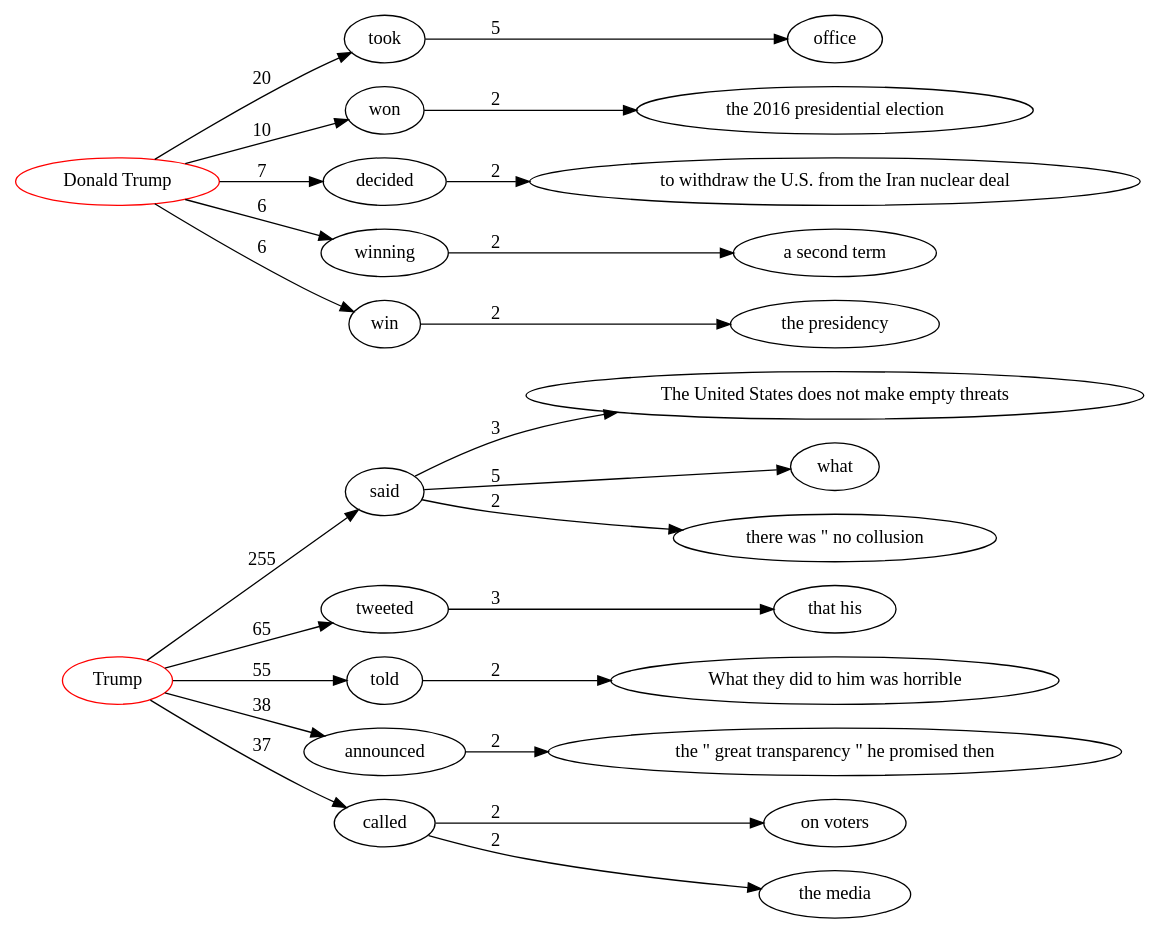
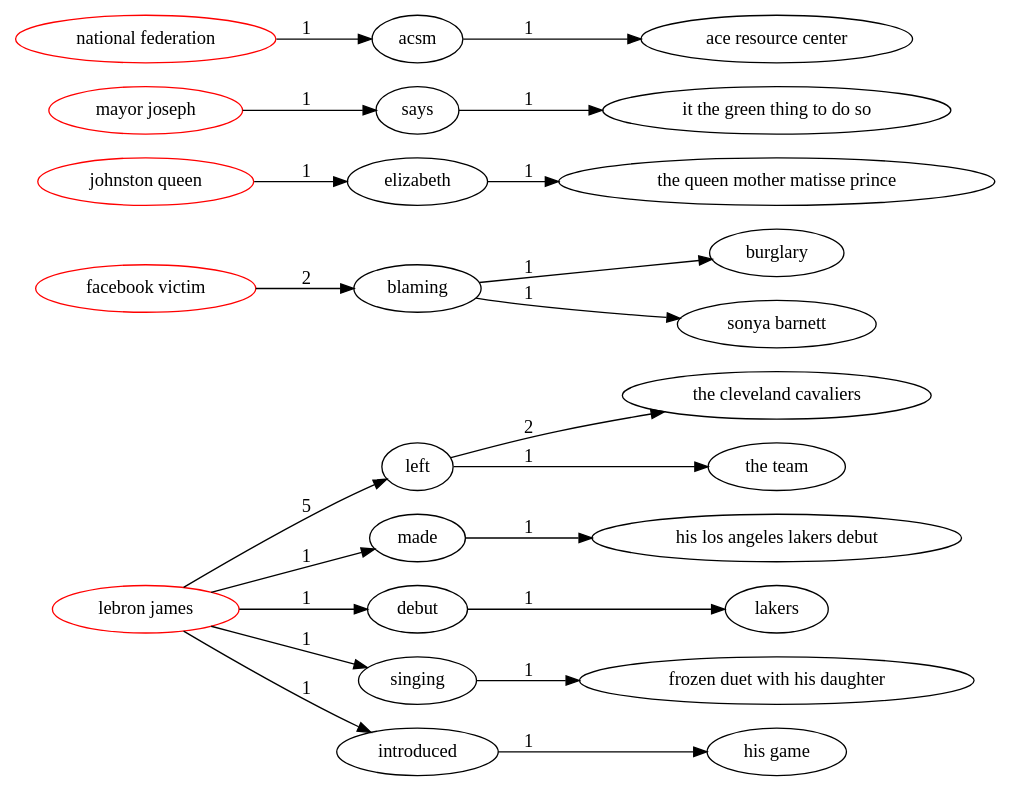
Before and after one commit to kasinxc/Semantic-Role-Labeling-For-News: the diagram in Source/SRL/Digraph.gv, drawn with Graphviz. The commit also changed 321439 other files, not shown here.

```diff
--- a/Source/SRL/Digraph.gv
+++ b/Source/SRL/Digraph.gv
@@ -1,59 +1,52 @@
 digraph {
 	rankdir=LR
-	Trump [label=Trump color=red]
-	"Trump.said" [label=said]
-	Trump -> "Trump.said" [label=255]
-	Trump [label=Trump color=red]
-	"Trump.tweeted" [label=tweeted]
-	Trump -> "Trump.tweeted" [label=65]
-	Trump [label=Trump color=red]
-	"Trump.told" [label=told]
-	Trump -> "Trump.told" [label=55]
-	Trump [label=Trump color=red]
-	"Trump.announced" [label=announced]
-	Trump -> "Trump.announced" [label=38]
-	Trump [label=Trump color=red]
-	"Trump.called" [label=called]
-	Trump -> "Trump.called" [label=37]
-	"Trump.announced.the \" great transparency \" he promised then" [label="the \" great transparency \" he promised then"]
-	"Trump.announced" -> "Trump.announced.the \" great transparency \" he promised then" [label=2]
-	"Trump.called.on voters" [label="on voters"]
-	"Trump.called" -> "Trump.called.on voters" [label=2]
-	"Trump.called.the media" [label="the media"]
-	"Trump.called" -> "Trump.called.the media" [label=2]
-	"Trump.tweeted.that his" [label="that his"]
-	"Trump.tweeted" -> "Trump.tweeted.that his" [label=3]
-	"Trump.said.The United States does not make empty threats" [label="The United States does not make empty threats"]
-	"Trump.said" -> "Trump.said.The United States does not make empty threats" [label=3]
-	"Trump.said.what" [label=what]
-	"Trump.said" -> "Trump.said.what" [label=5]
-	"Trump.said.there was \" no collusion" [label="there was \" no collusion"]
-	"Trump.said" -> "Trump.said.there was \" no collusion" [label=2]
-	"Trump.told.What they did to him was horrible" [label="What they did to him was horrible"]
-	"Trump.told" -> "Trump.told.What they did to him was horrible" [label=2]
-	"Donald Trump" [label="Donald Trump" color=red]
-	"Donald Trump.took" [label=took]
-	"Donald Trump" -> "Donald Trump.took" [label=20]
-	"Donald Trump" [label="Donald Trump" color=red]
-	"Donald Trump.won" [label=won]
-	"Donald Trump" -> "Donald Trump.won" [label=10]
-	"Donald Trump" [label="Donald Trump" color=red]
-	"Donald Trump.decided" [label=decided]
-	"Donald Trump" -> "Donald Trump.decided" [label=7]
-	"Donald Trump" [label="Donald Trump" color=red]
-	"Donald Trump.winning" [label=winning]
-	"Donald Trump" -> "Donald Trump.winning" [label=6]
-	"Donald Trump" [label="Donald Trump" color=red]
-	"Donald Trump.win" [label=win]
-	"Donald Trump" -> "Donald Trump.win" [label=6]
-	"Donald Trump.winning.a second term" [label="a second term"]
-	"Donald Trump.winning" -> "Donald Trump.winning.a second term" [label=2]
-	"Donald Trump.won.the 2016 presidential election" [label="the 2016 presidential election"]
-	"Donald Trump.won" -> "Donald Trump.won.the 2016 presidential election" [label=2]
-	"Donald Trump.win.the presidency" [label="the presidency"]
-	"Donald Trump.win" -> "Donald Trump.win.the presidency" [label=2]
-	"Donald Trump.took.office" [label=office]
-	"Donald Trump.took" -> "Donald Trump.took.office" [label=5]
-	"Donald Trump.decided.to withdraw the U.S. from the Iran nuclear deal" [label="to withdraw the U.S. from the Iran nuclear deal"]
-	"Donald Trump.decided" -> "Donald Trump.decided.to withdraw the U.S. from the Iran nuclear deal" [label=2]
+	"lebron james" [label="lebron james" color=red]
+	"lebron james.left" [label=left]
+	"lebron james" -> "lebron james.left" [label=5]
+	"lebron james" [label="lebron james" color=red]
+	"lebron james.made" [label=made]
+	"lebron james" -> "lebron james.made" [label=1]
+	"lebron james" [label="lebron james" color=red]
+	"lebron james.debut" [label=debut]
+	"lebron james" -> "lebron james.debut" [label=1]
+	"lebron james" [label="lebron james" color=red]
+	"lebron james.singing" [label=singing]
+	"lebron james" -> "lebron james.singing" [label=1]
+	"lebron james" [label="lebron james" color=red]
+	"lebron james.introduced" [label=introduced]
+	"lebron james" -> "lebron james.introduced" [label=1]
+	"lebron james.made.his los angeles lakers debut" [label="his los angeles lakers debut"]
+	"lebron james.made" -> "lebron james.made.his los angeles lakers debut" [label=1]
+	"lebron james.debut.lakers" [label=lakers]
+	"lebron james.debut" -> "lebron james.debut.lakers" [label=1]
+	"lebron james.left.the cleveland cavaliers" [label="the cleveland cavaliers"]
+	"lebron james.left" -> "lebron james.left.the cleveland cavaliers" [label=2]
+	"lebron james.left.the team" [label="the team"]
+	"lebron james.left" -> "lebron james.left.the team" [label=1]
+	"lebron james.singing.frozen duet with his daughter" [label="frozen duet with his daughter"]
+	"lebron james.singing" -> "lebron james.singing.frozen duet with his daughter" [label=1]
+	"lebron james.introduced.his game" [label="his game"]
+	"lebron james.introduced" -> "lebron james.introduced.his game" [label=1]
+	"facebook victim" [label="facebook victim" color=red]
+	"facebook victim.blaming" [label=blaming]
+	"facebook victim" -> "facebook victim.blaming" [label=2]
+	"facebook victim.blaming.burglary" [label=burglary]
+	"facebook victim.blaming" -> "facebook victim.blaming.burglary" [label=1]
+	"facebook victim.blaming.sonya barnett" [label="sonya barnett"]
+	"facebook victim.blaming" -> "facebook victim.blaming.sonya barnett" [label=1]
+	"johnston queen" [label="johnston queen" color=red]
+	"johnston queen.elizabeth" [label=elizabeth]
+	"johnston queen" -> "johnston queen.elizabeth" [label=1]
+	"johnston queen.elizabeth.the queen mother matisse prince" [label="the queen mother matisse prince"]
+	"johnston queen.elizabeth" -> "johnston queen.elizabeth.the queen mother matisse prince" [label=1]
+	"mayor joseph" [label="mayor joseph" color=red]
+	"mayor joseph.says" [label=says]
+	"mayor joseph" -> "mayor joseph.says" [label=1]
+	"mayor joseph.says.it the green thing to do so" [label="it the green thing to do so"]
+	"mayor joseph.says" -> "mayor joseph.says.it the green thing to do so" [label=1]
+	"national federation" [label="national federation" color=red]
+	"national federation.acsm" [label=acsm]
+	"national federation" -> "national federation.acsm" [label=1]
+	"national federation.acsm.ace resource center" [label="ace resource center"]
+	"national federation.acsm" -> "national federation.acsm.ace resource center" [label=1]
 }
```
